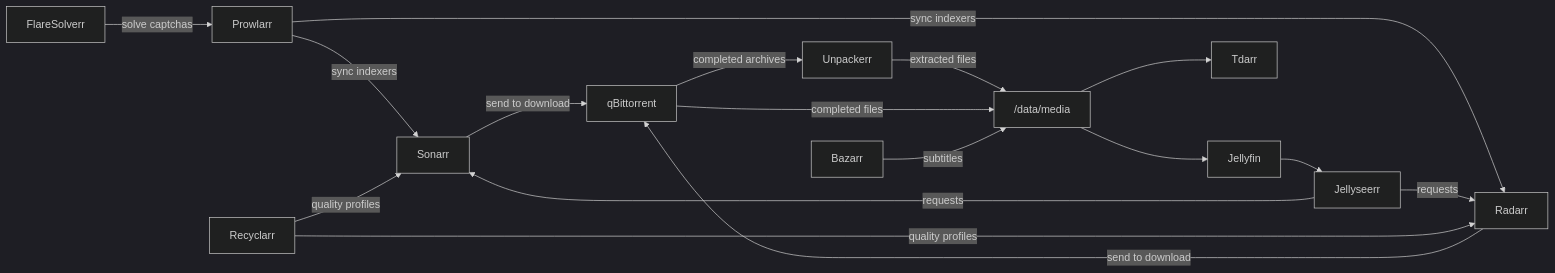
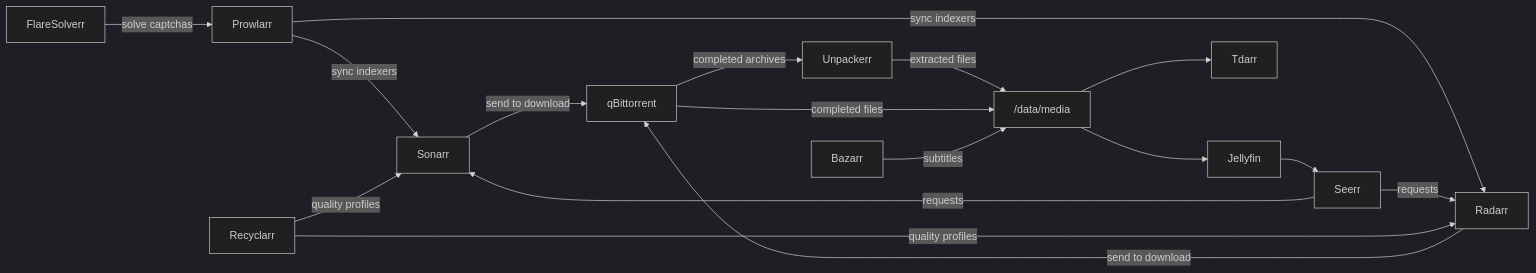
One commit to kyleseneker/homelab changed the diagram in docs/apps/index.md. Above: the diagram before and after it, drawn with Mermaid (dark theme). The commit also changed other lines of this file and 22 other files, not shown here.

Commit message:
feat(seerr): migrate from jellyseerr to seerr with official helm chart

````diff
--- a/docs/apps/index.md
+++ b/docs/apps/index.md
@@ -21,19 +21,19 @@
 ```mermaid
 flowchart LR
     Prowlarr -->|"sync indexers"| Sonarr
     Prowlarr -->|"sync indexers"| Radarr
-    Jellyseerr -->|"requests"| Sonarr
-    Jellyseerr -->|"requests"| Radarr
+    Seerr -->|"requests"| Sonarr
+    Seerr -->|"requests"| Radarr
     Sonarr -->|"send to download"| Downloads["qBittorrent"]
     Radarr -->|"send to download"| Downloads
     Downloads -->|"completed archives"| Unpackerr
     Unpackerr -->|"extracted files"| Media["/data/media"]
     Downloads -->|"completed files"| Media
     Media --> Jellyfin
     Media --> Tdarr
     Bazarr -->|"subtitles"| Media
     Recyclarr -->|"quality profiles"| Sonarr
     Recyclarr -->|"quality profiles"| Radarr
     FlareSolverr -->|"solve captchas"| Prowlarr
-    Jellyfin --> Jellyseerr
+    Jellyfin --> Seerr
 ```
````
